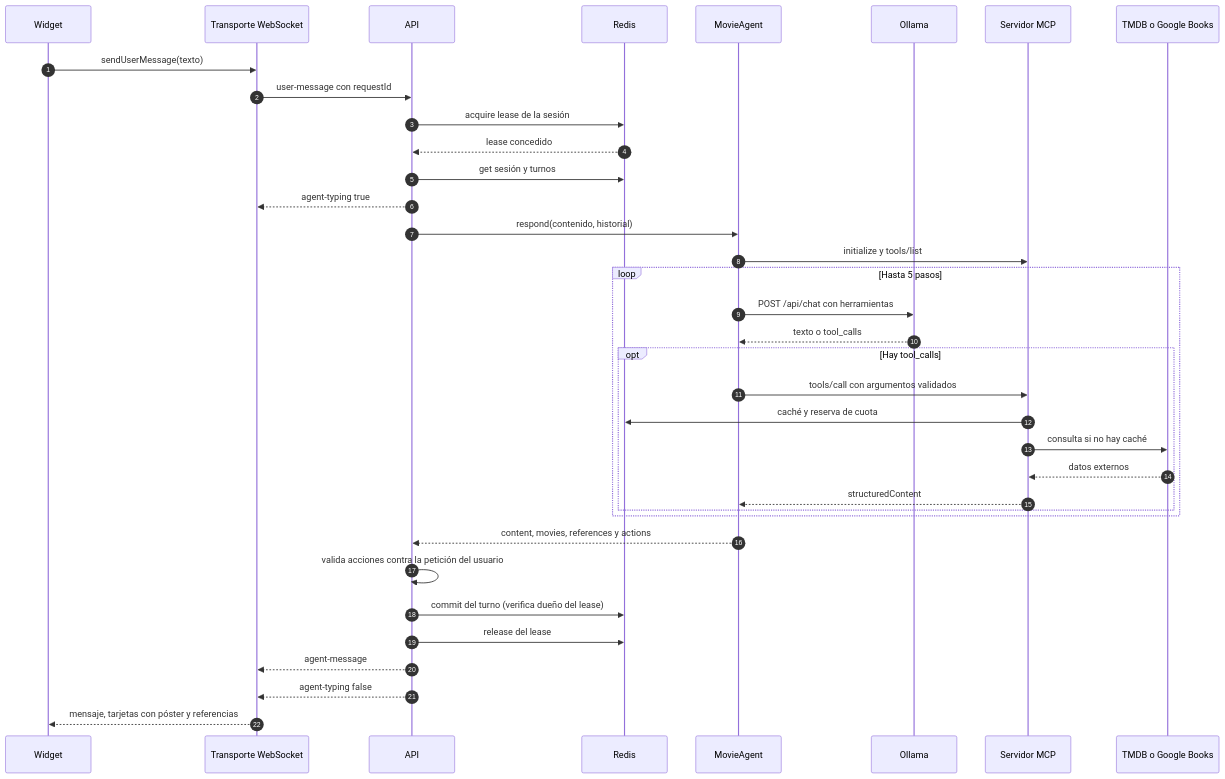
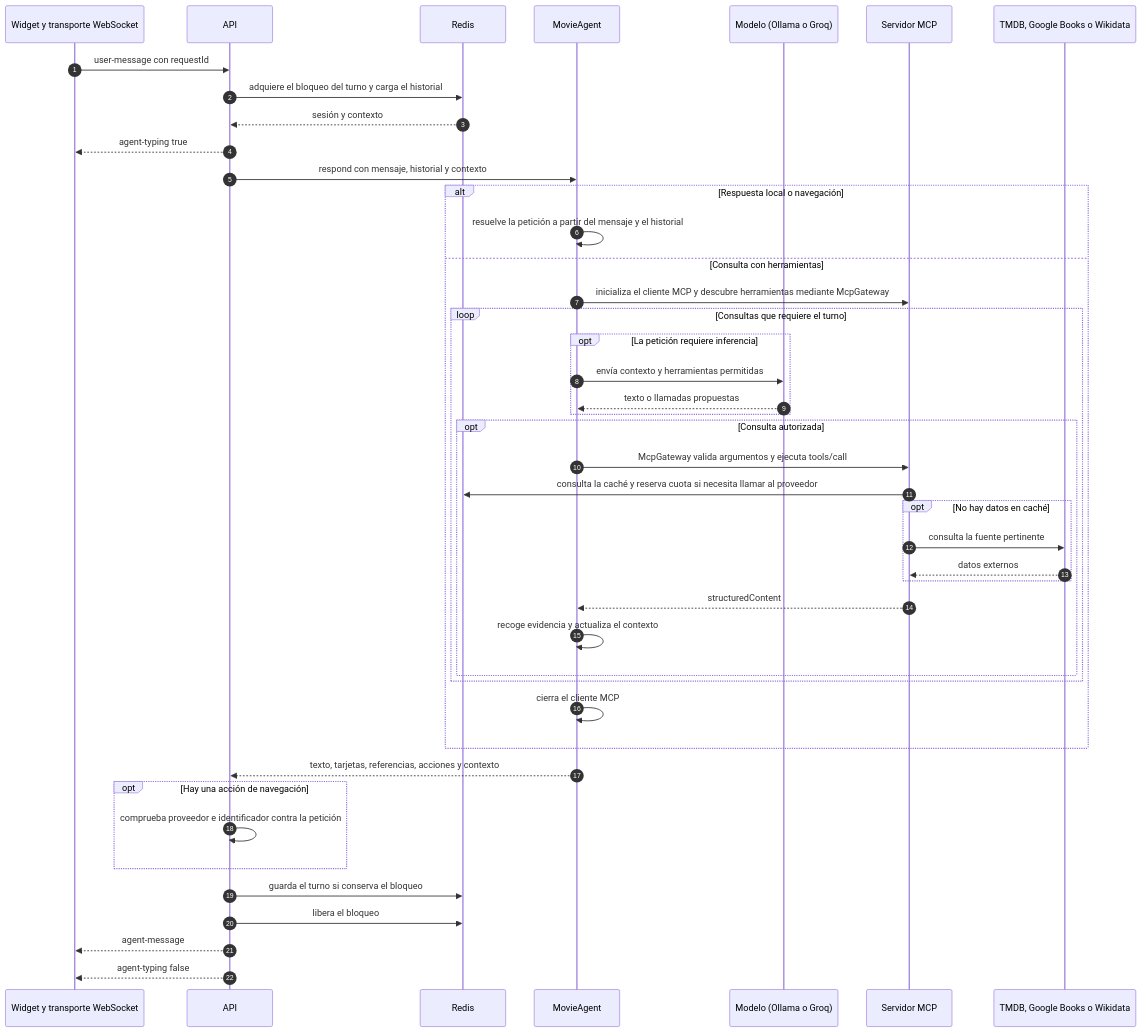
Before and after one commit to Juanjoo-Alvarez/ChatAgent_IA: the third of 5 diagrams in docs/arquitectura/AGENTE.md, drawn with Mermaid. The commit also changed other lines of this file and 2 other files, not shown here.

Commit message:
docs: adjust information in the diagrams

````diff
--- a/docs/arquitectura/AGENTE.md
+++ b/docs/arquitectura/AGENTE.md
@@ -102,39 +108,47 @@
 ```mermaid
 sequenceDiagram
     autonumber
-    participant W as Widget
-    participant T as Transporte WebSocket
+    participant W as Widget y transporte WebSocket
     participant A as API
     participant R as Redis
     participant M as MovieAgent
-    participant O as Ollama
+    participant L as Modelo (Ollama o Groq)
     participant S as Servidor MCP
-    participant P as TMDB o Google Books
+    participant P as TMDB, Google Books o Wikidata
 
-    W->>T: sendUserMessage(texto)
-    T->>A: user-message con requestId
-    A->>R: acquire lease de la sesión
-    R-->>A: lease concedido
-    A->>R: get sesión y turnos
-    A-->>T: agent-typing true
-    A->>M: respond(contenido, historial)
-    M->>S: initialize y tools/list
-    loop Hasta 5 pasos
-        M->>O: POST /api/chat con herramientas
-        O-->>M: texto o tool_calls
-        opt Hay tool_calls
-            M->>S: tools/call con argumentos validados
-            S->>R: caché y reserva de cuota
-            S->>P: consulta si no hay caché
-            P-->>S: datos externos
-            S-->>M: structuredContent
+    W->>A: user-message con requestId
+    A->>R: adquiere el bloqueo del turno y carga el historial
+    R-->>A: sesión y contexto
+    A-->>W: agent-typing true
+    A->>M: respond con mensaje, historial y contexto
+    alt Respuesta local o navegación
+        M->>M: resuelve la petición a partir del mensaje y el historial
+    else Consulta con herramientas
+        M->>S: inicializa el cliente MCP y descubre herramientas mediante McpGateway
+        loop Consultas que requiere el turno
+            opt La petición requiere inferencia
+                M->>L: envía contexto y herramientas permitidas
+                L-->>M: texto o llamadas propuestas
+            end
+            opt Consulta autorizada
+                M->>S: McpGateway valida argumentos y ejecuta tools/call
+                S->>R: consulta la caché y reserva cuota si necesita llamar al proveedor
+                opt No hay datos en caché
+                    S->>P: consulta la fuente pertinente
+                    P-->>S: datos externos
+                end
+                S-->>M: structuredContent
+                M->>M: recoge evidencia y actualiza el contexto
+            end
         end
+        M->>M: cierra el cliente MCP
     end
-    M-->>A: content, movies, references y actions
-    A->>A: valida acciones contra la petición del usuario
-    A->>R: commit del turno (verifica dueño del lease)
-    A->>R: release del lease
-    A-->>T: agent-message
-    A-->>T: agent-typing false
-    T-->>W: mensaje, tarjetas con póster y referencias
+    M-->>A: texto, tarjetas, referencias, acciones y contexto
+    opt Hay una acción de navegación
+        A->>A: comprueba proveedor e identificador contra la petición
+    end
+    A->>R: guarda el turno si conserva el bloqueo
+    A->>R: libera el bloqueo
+    A-->>W: agent-message
+    A-->>W: agent-typing false
 ```
````
